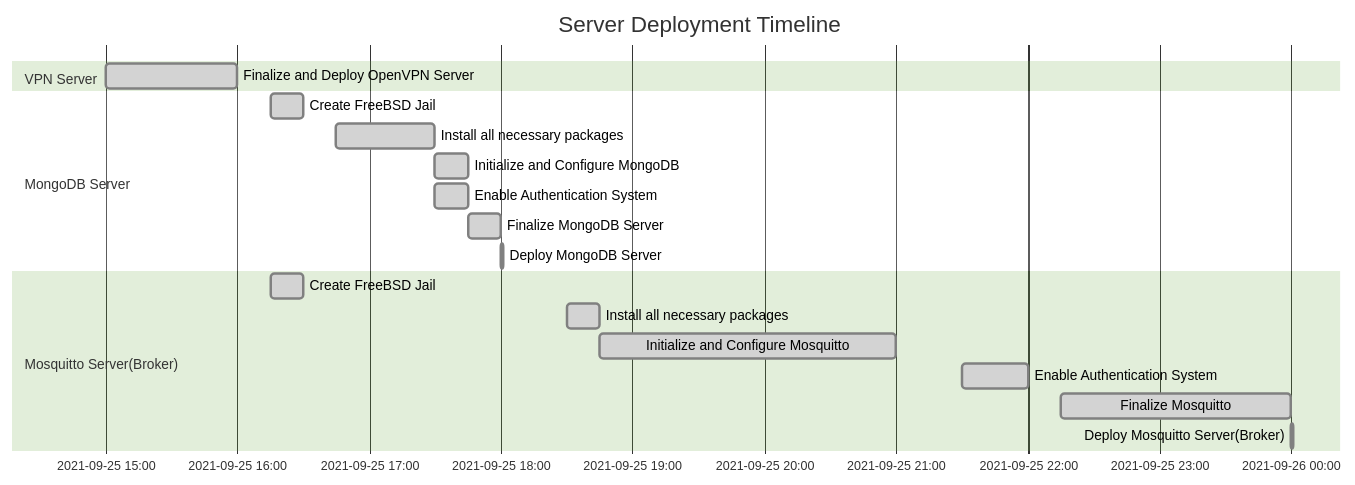
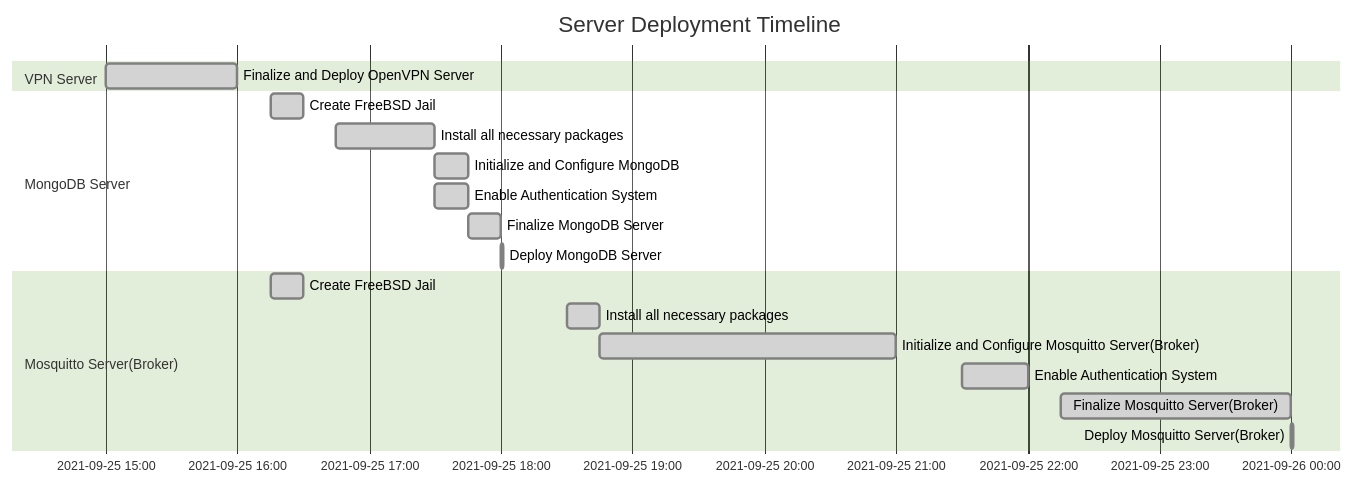
One commit to sor973/Ordishes-Project changed the diagram in README.md. Above: the diagram before and after it, drawn with Mermaid (forest theme).

Commit message:
Update Main README.md

````diff
--- a/README.md
+++ b/README.md
@@ -24,25 +24,25 @@
 ```mermaid
 gantt
 dateFormat  YYYY-MM-DD-HH.mm
 title Server Deployment Timeline
 %%excludes weekdays 2021-09-24-00.00
 axisFormat  %Y-%m-%d %H:%M
 
 
 section VPN Server
 Finalize and Deploy OpenVPN Server           :done,    des11, 2021-09-25-15.00,2021-09-25-16.00
 section MongoDB Server
 Create FreeBSD Jail           :done,    des21, 2021-09-25-16.15,2021-09-25-16.30
 Install all necessary packages            :done,    des22, 2021-09-25-16.45,2021-09-25-17.30
 Initialize and Configure MongoDB            :done,    des23, 2021-09-25-17.30,2021-09-25-17.45
 Enable Authentication System            :done,    des24, 2021-09-25-17.30,2021-09-25-17.45
 Finalize MongoDB Server           :done,    des25, 2021-09-25-17.45,2021-09-25-18.00
 Deploy MongoDB Server           :done,    des26, 2021-09-25-18.00,2021-09-25-18.01
 section Mosquitto Server(Broker)
 Create FreeBSD Jail           :done,    des31, 2021-09-25-16.15,2021-09-25-16.30
 Install all necessary packages            :done,    des32, 2021-09-25-18.30,2021-09-25-18.45
-Initialize and Configure Mosquitto            :done,    des33, 2021-09-25-18.45,2021-09-25-21.00
+Initialize and Configure Mosquitto Server(Broker)            :done,    des33, 2021-09-25-18.45,2021-09-25-21.00
 Enable Authentication System            :done,    des34, 2021-09-25-21.30,2021-09-25-22.00
-Finalize Mosquitto           :done,    des35, 2021-09-25-22.15,2021-09-26-00.00
+Finalize Mosquitto Server(Broker)           :done,    des35, 2021-09-25-22.15,2021-09-26-00.00
 Deploy Mosquitto Server(Broker)           :done,    des36, 2021-09-26-00.00,2021-09-26-00.01
 ```
````
